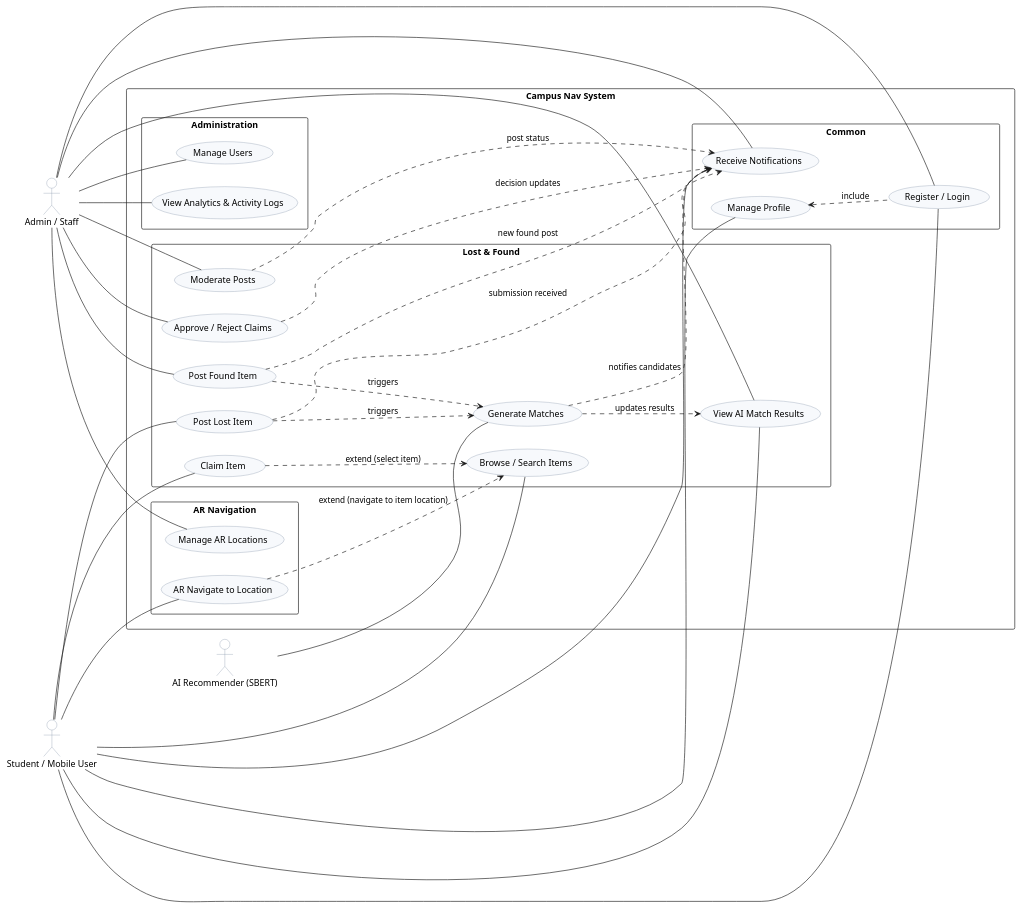
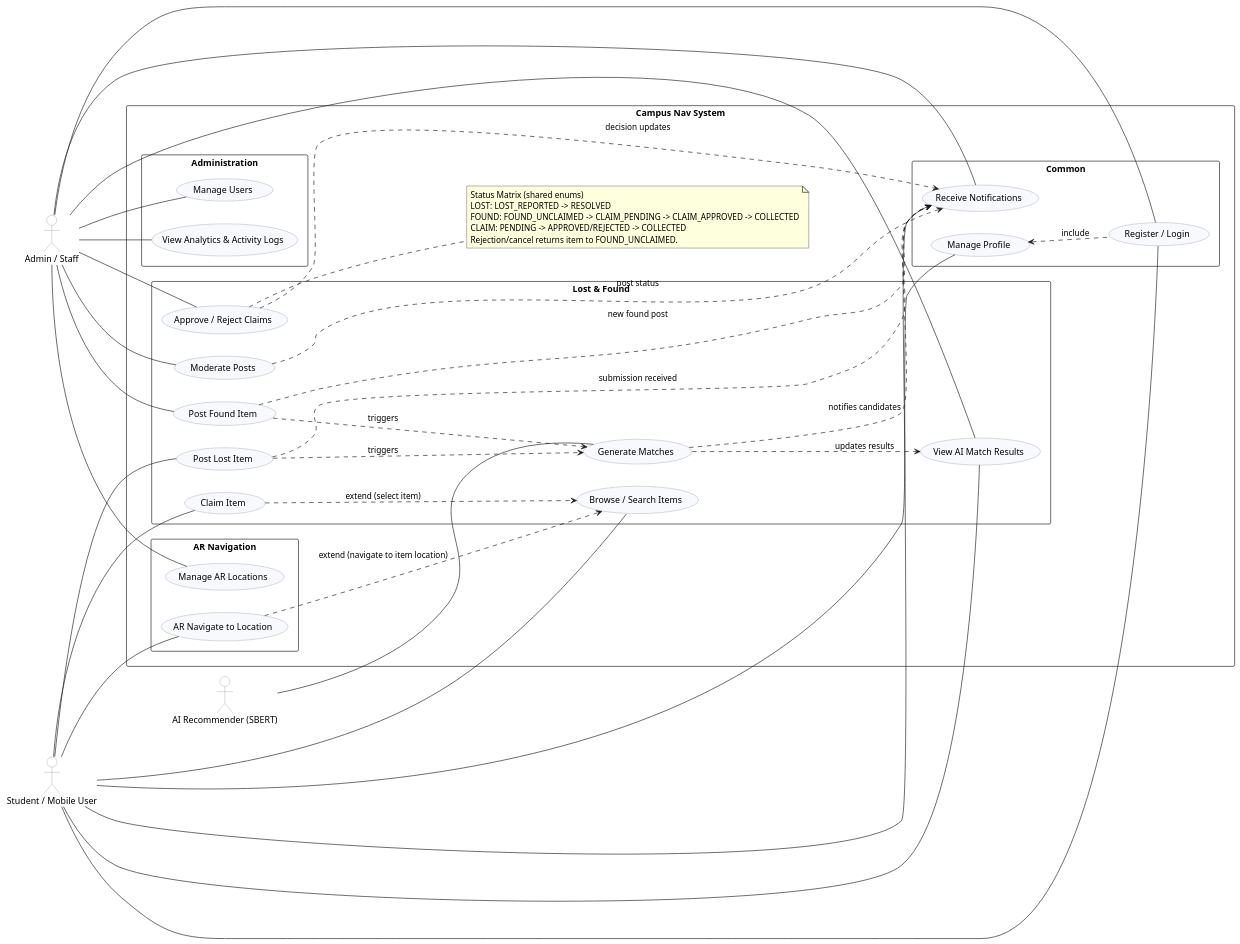
Before and after one commit to basillote-angel/campus-nav: the diagram in docs/diagrams/usecase.puml, drawn with PlantUML. The commit also changed 116 other files, not shown here.

```diff
--- a/docs/diagrams/usecase.puml
+++ b/docs/diagrams/usecase.puml
@@ -1,84 +1,92 @@
 @startuml
 left to right direction
 skinparam packageStyle rectangle
 skinparam usecase {
   BackgroundColor #F7F9FC
   BorderColor #7A8BA3
 }
 skinparam actor {
   BackgroundColor #FFFFFF
   BorderColor #7A8BA3
 }
 
 actor "Student / Mobile User" as student
 actor "Admin / Staff" as admin
 actor "AI Recommender (SBERT)" as ai
 
 rectangle "Campus Nav System" as system {
   package "Common" {
     usecase "Register / Login" as UC_auth
     usecase "Manage Profile" as UC_profile
     usecase "Receive Notifications" as UC_notify
   }
 
   package "Lost & Found" {
     usecase "Post Lost Item" as UC_postLost
     usecase "Post Found Item" as UC_postFound
     usecase "Browse / Search Items" as UC_browse
     usecase "Claim Item" as UC_claim
     usecase "Moderate Posts" as UC_moderate
     usecase "Approve / Reject Claims" as UC_claimModeration
     usecase "View AI Match Results" as UC_viewMatches
     usecase "Generate Matches" as UC_generateMatches
   }
+
+  note right of UC_claimModeration
+    Status Matrix (shared enums)
+    LOST: LOST_REPORTED -> RESOLVED
+    FOUND: FOUND_UNCLAIMED -> CLAIM_PENDING -> CLAIM_APPROVED -> COLLECTED
+    CLAIM: PENDING -> APPROVED/REJECTED -> COLLECTED
+    Rejection/cancel returns item to FOUND_UNCLAIMED.
+  end note
 
   package "AR Navigation" {
     usecase "AR Navigate to Location" as UC_arNavigate
     usecase "Manage AR Locations" as UC_manageAr
   }
 
   package "Administration" {
     usecase "Manage Users" as UC_manageUsers
     usecase "View Analytics & Activity Logs" as UC_analytics
   }
 }
 
 ' Primary associations
 student -- UC_auth
 student -- UC_profile
 student -- UC_postLost
 student -- UC_browse
 student -- UC_claim
 student -- UC_arNavigate
 student -- UC_notify
 student -- UC_viewMatches
 
 admin -- UC_auth
 admin -- UC_postFound
 admin -- UC_moderate
 admin -- UC_claimModeration
 admin -- UC_manageUsers
 admin -- UC_manageAr
 admin -- UC_analytics
 admin -- UC_viewMatches
 admin -- UC_notify
 
 ' AI and internal triggers
 ai -- UC_generateMatches
 UC_postLost ..> UC_generateMatches : triggers
 UC_postFound ..> UC_generateMatches : triggers
 UC_generateMatches ..> UC_viewMatches : updates results
 UC_generateMatches ..> UC_notify : notifies candidates
 
 ' Notifications on key actions
 UC_claimModeration ..> UC_notify : decision updates
 UC_moderate ..> UC_notify : post status
 UC_postFound ..> UC_notify : new found post
 UC_postLost ..> UC_notify : submission received
 
 ' Relationships
 UC_profile <.. UC_auth : include
 UC_claim ..> UC_browse : extend (select item)
 UC_arNavigate ..> UC_browse : extend (navigate to item location)
 
 @enduml
```
